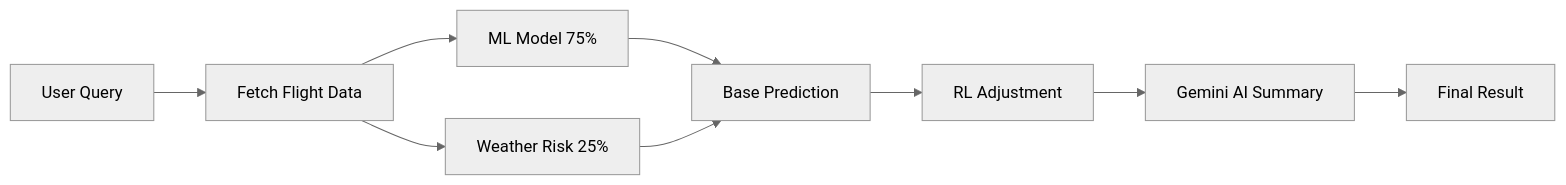
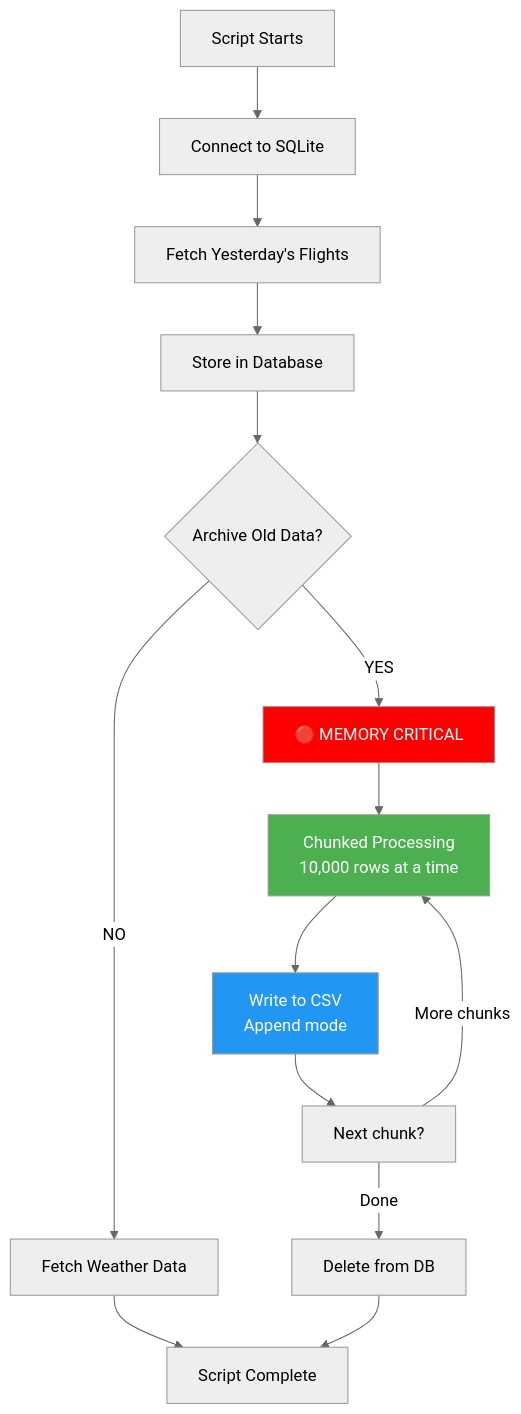
Before and after one commit to Kethavatharavind/Flight-delay-prediction-Using-ML-and-LLM: the fifth of 6 diagrams in README.md, drawn with Mermaid (neutral theme). The commit also changed other lines of this file and 1 other file, not shown here.

````diff
--- a/README.md
+++ b/README.md
@@ -33,11 +532,22 @@
 ```mermaid
-graph LR
-    A[User Query] --> B[Fetch Flight Data]
-    B --> C[ML Model 75%]
-    B --> D[Weather Risk 25%]
-    C --> E[Base Prediction]
-    D --> E
-    E --> F[RL Adjustment]
-    F --> G[Gemini AI Summary]
-    G --> H[Final Result]
+graph TD
+    A[Script Starts] --> B[Connect to SQLite]
+    B --> C[Fetch Yesterday's Flights]
+    C --> D[Store in Database]
+    D --> E{Archive Old Data?}
+    
+    E -->|YES| F[🔴 MEMORY CRITICAL]
+    F --> G[Chunked Processing<br/>10,000 rows at a time]
+    G --> H[Write to CSV<br/>Append mode]
+    H --> I[Next chunk?]
+    I -->|More chunks| G
+    I -->|Done| J[Delete from DB]
+    
+    E -->|NO| K[Fetch Weather Data]
+    K --> L[Script Complete]
+    J --> L
+    
+    style F fill:#ff0000,color:#fff
+    style G fill:#4CAF50,color:#fff
+    style H fill:#2196F3,color:#fff
 ```
````
